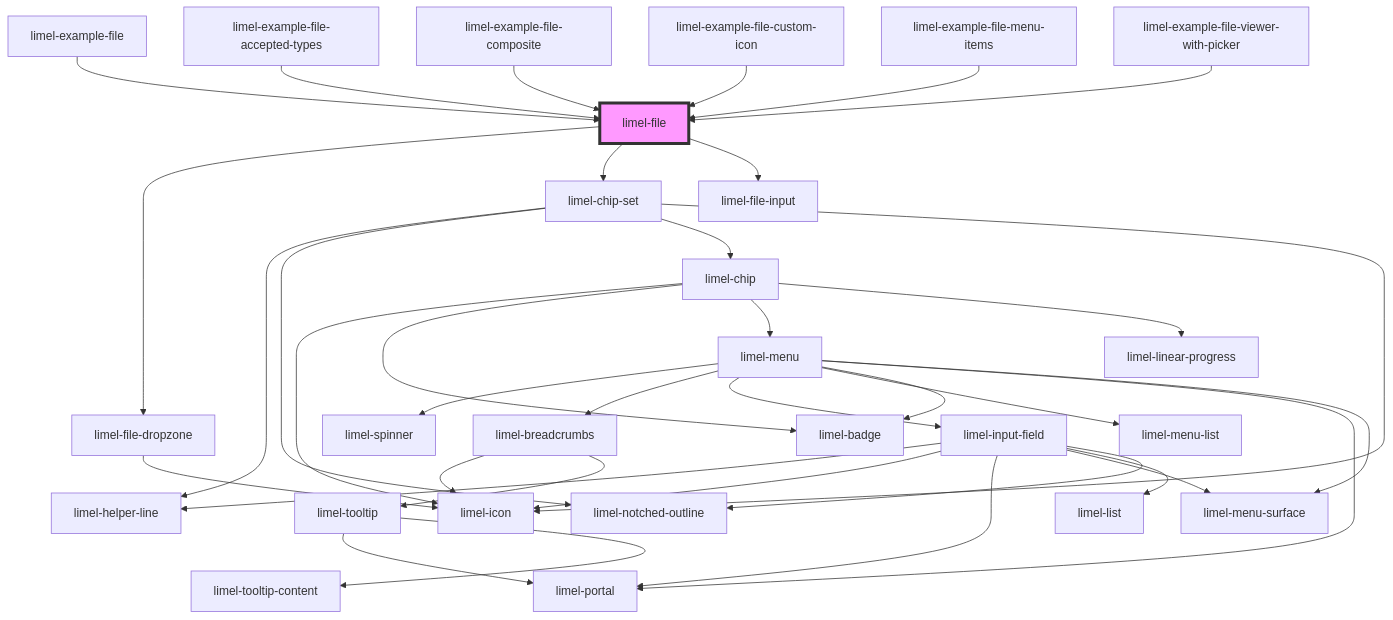
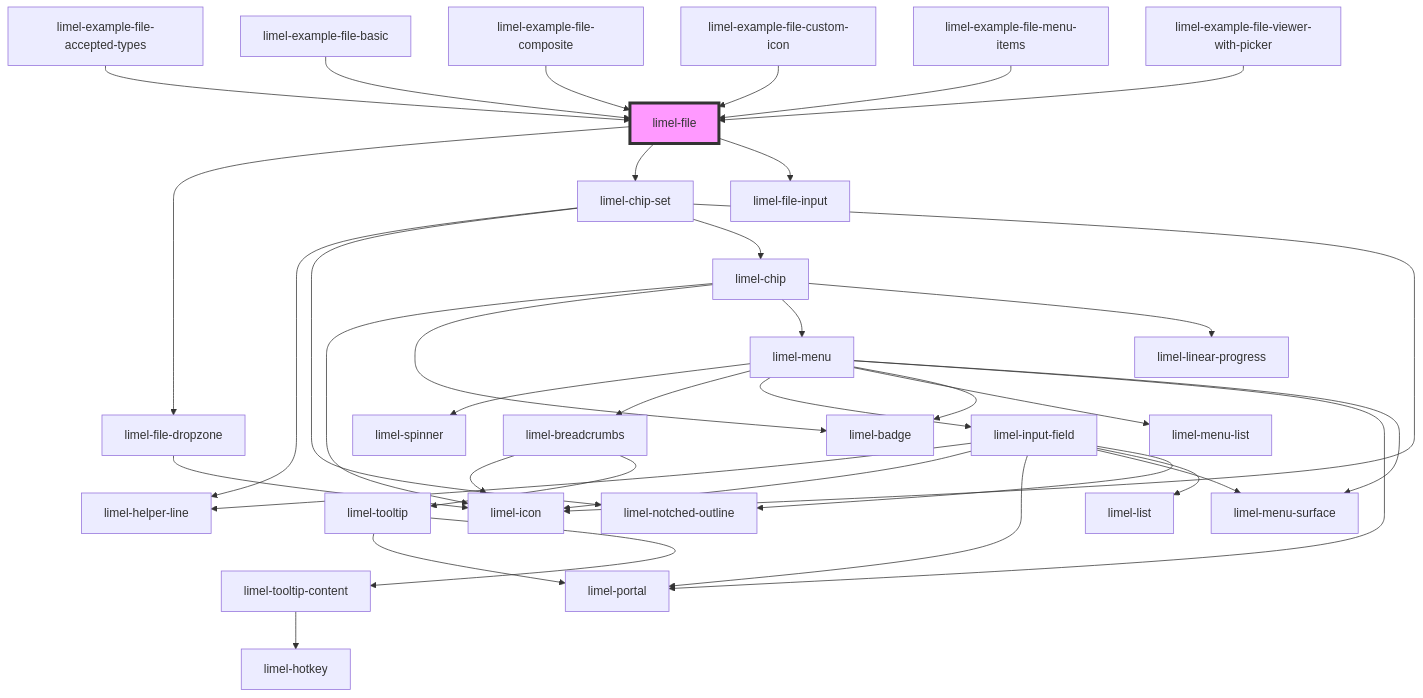
The diagram in versions/PR-3778/markdown-docs/components/file/readme.md (Lundalogik/lime-elements), drawn with Mermaid before and after one commit. The commit also changed other lines of this file and 773 other files, not shown here.

````diff
--- a/versions/PR-3778/markdown-docs/components/file/readme.md
+++ b/versions/PR-3778/markdown-docs/components/file/readme.md
@@ -75,39 +75,40 @@
 ```mermaid
 graph TD;
   limel-file --> limel-file-dropzone
   limel-file --> limel-chip-set
   limel-file --> limel-file-input
   limel-file-dropzone --> limel-icon
   limel-chip-set --> limel-helper-line
   limel-chip-set --> limel-notched-outline
   limel-chip-set --> limel-chip
   limel-chip-set --> limel-icon
   limel-chip --> limel-icon
   limel-chip --> limel-badge
   limel-chip --> limel-menu
   limel-chip --> limel-linear-progress
   limel-menu --> limel-spinner
   limel-menu --> limel-breadcrumbs
   limel-menu --> limel-input-field
   limel-menu --> limel-menu-list
   limel-menu --> limel-badge
   limel-menu --> limel-portal
   limel-menu --> limel-menu-surface
   limel-breadcrumbs --> limel-icon
   limel-breadcrumbs --> limel-tooltip
   limel-tooltip --> limel-portal
   limel-tooltip --> limel-tooltip-content
+  limel-tooltip-content --> limel-hotkey
   limel-input-field --> limel-helper-line
   limel-input-field --> limel-icon
   limel-input-field --> limel-portal
   limel-input-field --> limel-menu-surface
   limel-input-field --> limel-list
   limel-input-field --> limel-notched-outline
-  limel-example-file --> limel-file
   limel-example-file-accepted-types --> limel-file
+  limel-example-file-basic --> limel-file
   limel-example-file-composite --> limel-file
   limel-example-file-custom-icon --> limel-file
   limel-example-file-menu-items --> limel-file
   limel-example-file-viewer-with-picker --> limel-file
   style limel-file fill:#f9f,stroke:#333,stroke-width:4px
 ```
````
